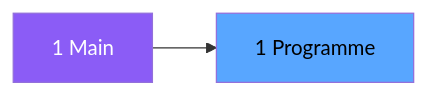
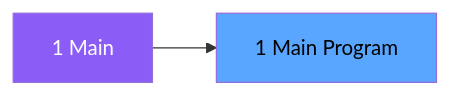
One commit to thonyAGP/magic-migration changed the second of 3 diagrams in .openspec/specs/ADH-IDE-1.md. Above: the diagram before and after it, drawn with Mermaid. The commit also changed other lines of this file and 323 other files, not shown here.

````diff
--- a/.openspec/specs/ADH-IDE-1.md
+++ b/.openspec/specs/ADH-IDE-1.md
@@ -100,8 +126,8 @@
 ```mermaid
 graph LR
     M[1 Main]
-    T[1 Programme]
+    T[1 Main Program]
     M --> T
     style M fill:#8b5cf6,color:#fff
     style T fill:#58a6ff,color:#000
 ```
````
